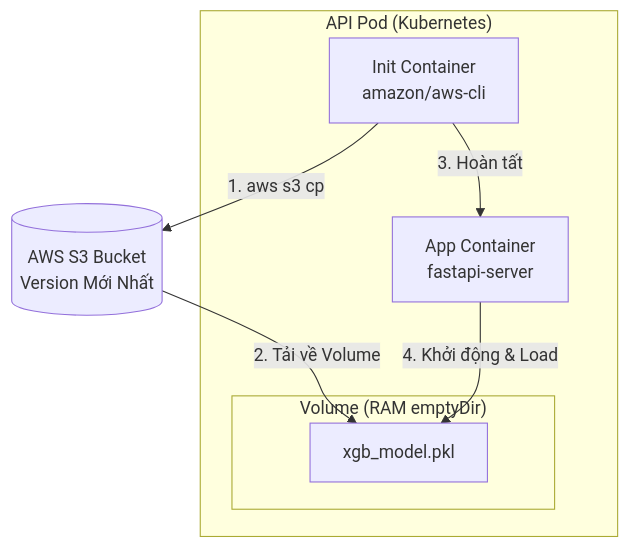
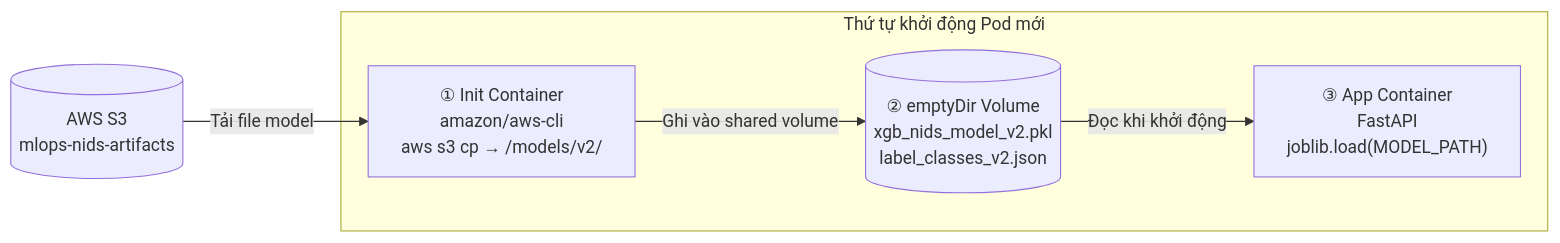
The sixth of 7 diagrams in ARCHITECTURE.md (Viet-Hoang-2005/AdaptML), drawn with Mermaid before and after one commit. The commit also changed other lines of this file, not shown here.

Commit message:
docs: Draw a diagram for the system Architecture.

````diff
--- a/ARCHITECTURE.md
+++ b/ARCHITECTURE.md
@@ -99,18 +196,14 @@
 ```mermaid
-flowchart TB
-    subgraph API_POD["API Pod (Kubernetes)"]
-        subgraph VOL["Volume (RAM emptyDir)"]
-            PKL[xgb_model.pkl]
-        end
-
-        INIT[Init Container<br/>amazon/aws-cli]
-        APP[App Container<br/>fastapi-server]
+flowchart LR
+    subgraph TIMELINE["Thứ tự khởi động Pod mới"]
+        INIT["① Init Container<br/>amazon/aws-cli<br/>aws s3 cp → /models/v2/"]
+        VOL[("② emptyDir Volume<br/>xgb_nids_model_v2.pkl<br/>label_classes_v2.json")]
+        APP["③ App Container<br/>FastAPI<br/>joblib.load(MODEL_PATH)"]
     end
 
-    S3[(AWS S3 Bucket<br/>Version Mới Nhất)]
+    S3[("AWS S3<br/>mlops-nids-artifacts")]
 
-    INIT -->|1. aws s3 cp| S3
-    S3 -->|2. Tải về Volume| PKL
-    INIT -->|3. Hoàn tất| APP
-    APP -->|4. Khởi động & Load| PKL
+    S3 -->|Tải file model| INIT
+    INIT -->|Ghi vào shared volume| VOL
+    VOL -->|Đọc khi khởi động| APP
 ```
````
